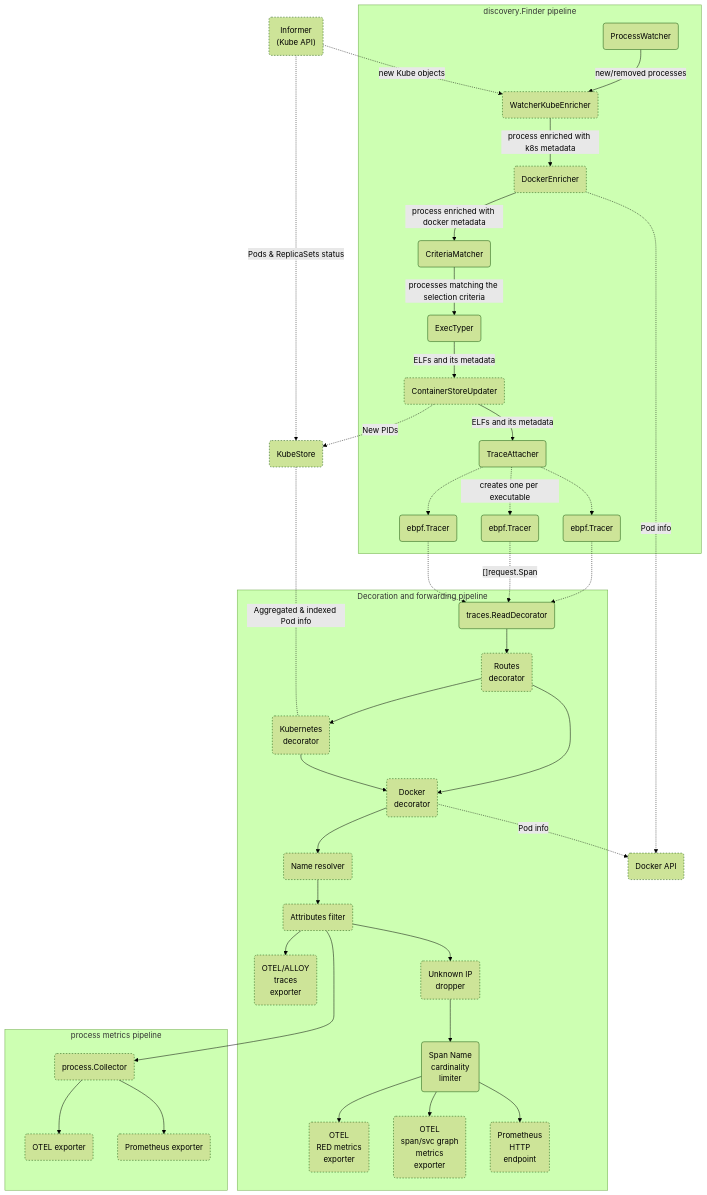
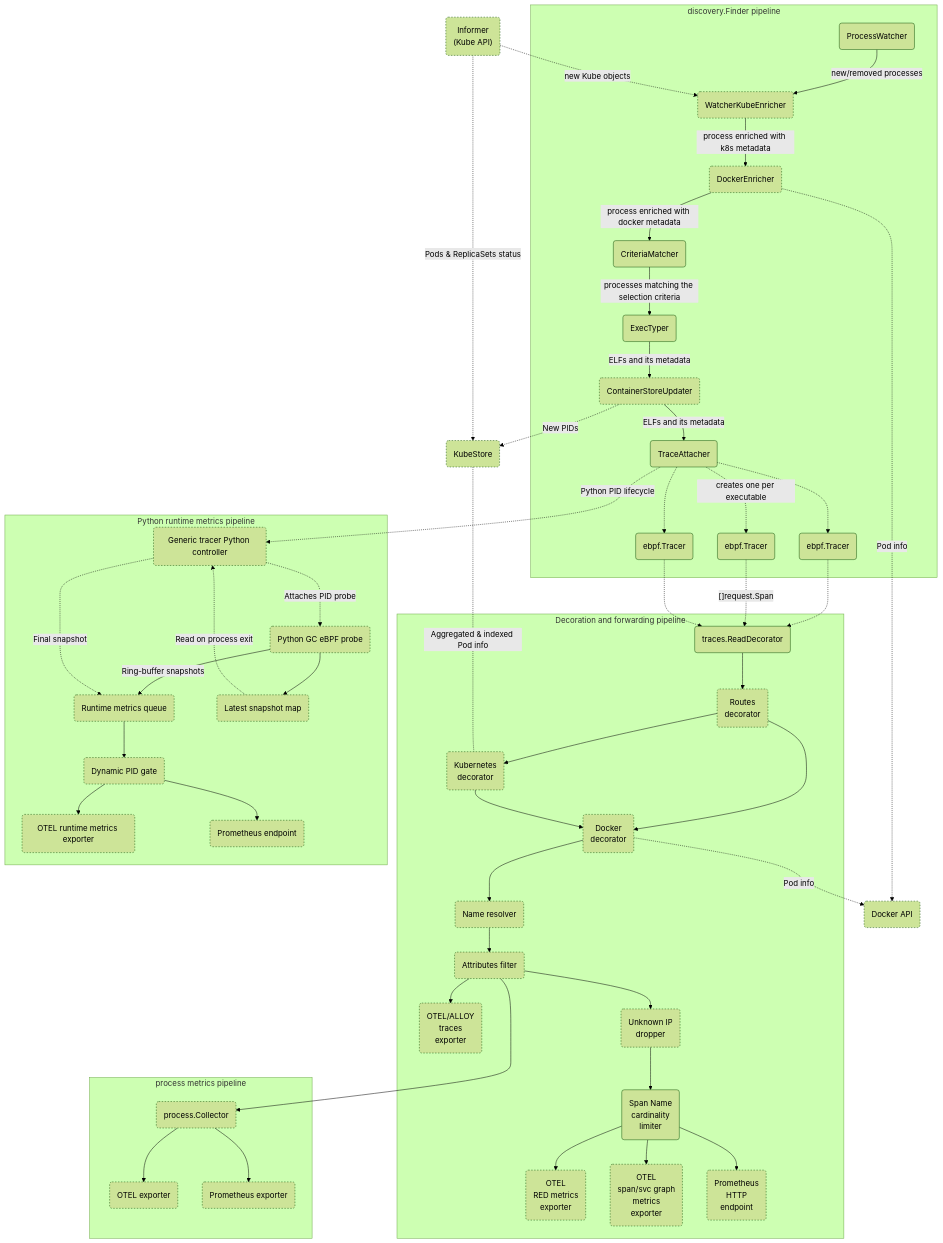
One commit to open-telemetry/opentelemetry-ebpf-instrumentation changed the first of 3 diagrams in devdocs/pipeline-map.md. Above: the diagram before and after it, drawn with Mermaid (forest theme). The commit also changed 89 other files, not shown here.

Commit message:
Add support for Python runtime metrics (#3028)

````diff
--- a/devdocs/pipeline-map.md
+++ b/devdocs/pipeline-map.md
@@ -19,48 +19,61 @@
 ```mermaid
 flowchart TD
     classDef optional stroke-dasharray: 3 3;
     subgraph discovery.Finder pipeline
         PW(ProcessWatcher) --> |new/removed processes| KWE
         KWE(WatcherKubeEnricher):::optional --> |process enriched with k8s metadata| DE
         DE(DockerEnricher):::optional --> |process enriched with docker metadata| CM
         CM(CriteriaMatcher) --> |processes matching the selection criteria| ET(ExecTyper)
         ET --> |ELFs and its metadata| CU
         CU(ContainerStoreUpdater):::optional --> |ELFs and its metadata| TA
         TA(TraceAttacher) -.-> EBPF1(ebpf.Tracer)
         TA -.-> |creates one per executable| EBPF2(ebpf.Tracer)
         TA -.-> EBPF3(ebpf.Tracer)
     end
     subgraph Decoration and forwarding pipeline
         EBPF1 -.-> TR
         EBPF2 -.-> |"[]request.Span"| TR
         EBPF3 -.-> TR
         TR(traces.ReadDecorator) --> ROUT(Routes<br/>decorator)
         ROUT:::optional --> DOCKDEC(Docker<br/>decorator)
         ROUT:::optional --> KD(Kubernetes<br/>decorator)
         KD:::optional --> DOCKDEC
         DOCKDEC:::optional --> NR
         NR(Name resolver):::optional --> AF
         
         AF(Attributes filter):::optional --> OTELT(OTEL/ALLOY<br/> traces<br/> exporter):::optional
 
         
         AF --> IPD(Unknown IP<br/>dropper):::optional
         IPD --> SNCL(Span Name<br/>cardinality<br/>limiter)
         SNCL --> OTELRM(OTEL<br/>RED metrics<br/> exporter):::optional
         SNCL --> OTELSM(OTEL<br/>span/svc graph<br/>metrics<br/> exporter):::optional
         SNCL --> PROM(Prometheus<br/>HTTP<br/>endpoint):::optional
     end
     CU -.-> |New PIDs| KSTORE
     DE -.-> |Pod info| DOCKAPI(Docker API):::optional
     DOCKDEC -.-> |Pod info| DOCKAPI(Docker API):::optional
     KSTORE(KubeStore):::optional <-.- | Aggregated & indexed Pod info | KD
     IF("Informer<br/>(Kube API)"):::optional -.-> |Pods & ReplicaSets status| KSTORE
     IF -.-> |new Kube objects| KWE
     AF ---> PC
     subgraph process metrics pipeline
         PC("process.Collector"):::optional --> POTEL
         PC --> PPROM
         POTEL("OTEL exporter"):::optional
         PPROM("Prometheus exporter"):::optional
     end
+    TA -.-> |Python PID lifecycle| PYTHON
+    subgraph Python runtime metrics pipeline
+        PYTHON("Generic tracer Python controller"):::optional -.-> |Attaches PID probe| PYBPF("Python GC eBPF probe"):::optional
+        PYBPF --> |Ring-buffer snapshots| PYQUEUE("Runtime metrics queue"):::optional
+        PYBPF --> PYMAP("Latest snapshot map"):::optional
+        PYMAP -.-> |Read on process exit| PYTHON
+        PYTHON -.-> |Final snapshot| PYQUEUE
+        PYQUEUE --> RMGATE
+        RMGATE("Dynamic PID gate"):::optional --> PYOTEL
+        RMGATE --> PYPROM
+        PYOTEL("OTEL runtime metrics exporter"):::optional
+        PYPROM("Prometheus endpoint"):::optional
+    end
 ```
````
